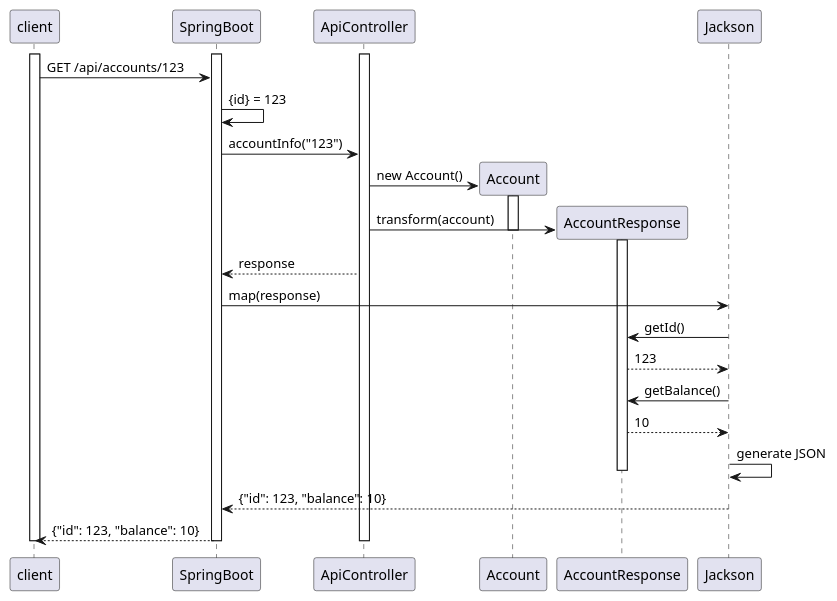
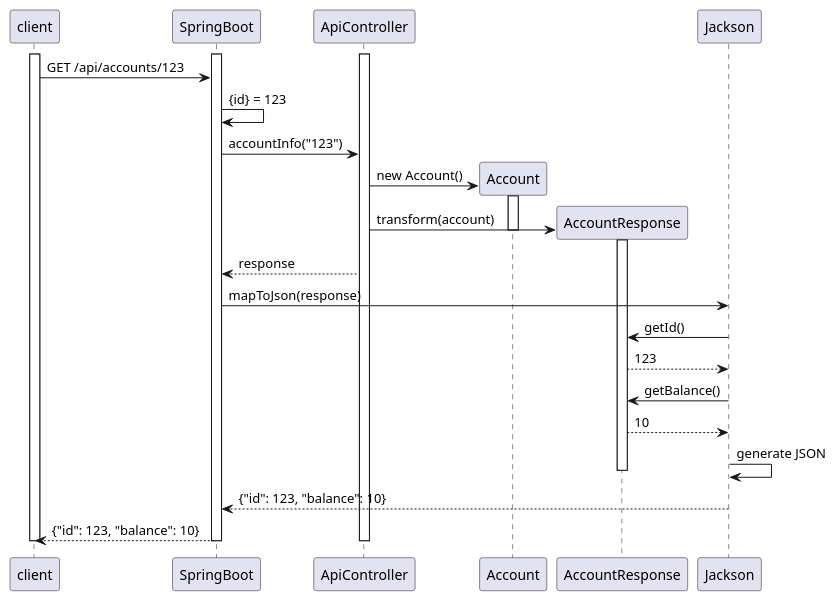
Before and after one commit to ted-ncg/labs: the diagram in diagrams/object-to-json-with-dto.puml, drawn with PlantUML. The commit also changed 1 other file, not shown here.

```diff
--- a/diagrams/object-to-json-with-dto.puml
+++ b/diagrams/object-to-json-with-dto.puml
@@ -1,32 +1,32 @@
 @startuml
 participant client
 activate client
 activate SpringBoot
 activate ApiController
 client -> SpringBoot: GET /api/accounts/123
 
 SpringBoot -> SpringBoot: {id} = 123
 SpringBoot -> ApiController: accountInfo("123")
 create Account
 ApiController -> Account: new Account()
 activate Account
 create AccountResponse
 ApiController -> AccountResponse: transform(account)
 activate AccountResponse
 deactivate Account
 
 ApiController --> SpringBoot: response
-SpringBoot -> Jackson: map(response)
+SpringBoot -> Jackson: mapToJson(response)
 Jackson -> AccountResponse: getId()
 AccountResponse --> Jackson: 123
 Jackson -> AccountResponse: getBalance()
 AccountResponse --> Jackson: 10
 Jackson -> Jackson: generate JSON
 deactivate AccountResponse
 Jackson --> SpringBoot: {"id": 123, "balance": 10}
 
 SpringBoot --> client: {"id": 123, "balance": 10}
 deactivate ApiController
 deactivate SpringBoot
 deactivate client
 @enduml
```
